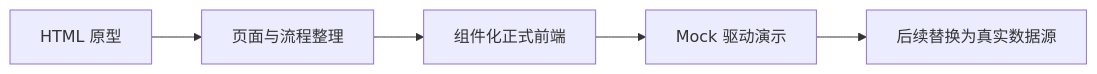
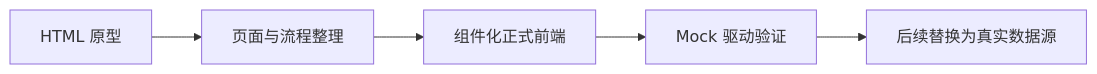
Before and after one commit to mingyuexinc/Careerpass: the first of 2 diagrams in careerpass-frontend/docs/decisions/frontend-development-decisions.md, drawn with Mermaid. The commit also changed other lines of this file and 38 other files, not shown here.

````diff
--- a/careerpass-frontend/docs/decisions/frontend-development-decisions.md
+++ b/careerpass-frontend/docs/decisions/frontend-development-decisions.md
@@ -21,7 +21,7 @@
 ```mermaid
 flowchart LR
     A["HTML 原型"] --> B["页面与流程整理"]
     B --> C["组件化正式前端"]
-    C --> D["Mock 驱动演示"]
+    C --> D["Mock 驱动验证"]
     D --> E["后续替换为真实数据源"]
 ```
````
